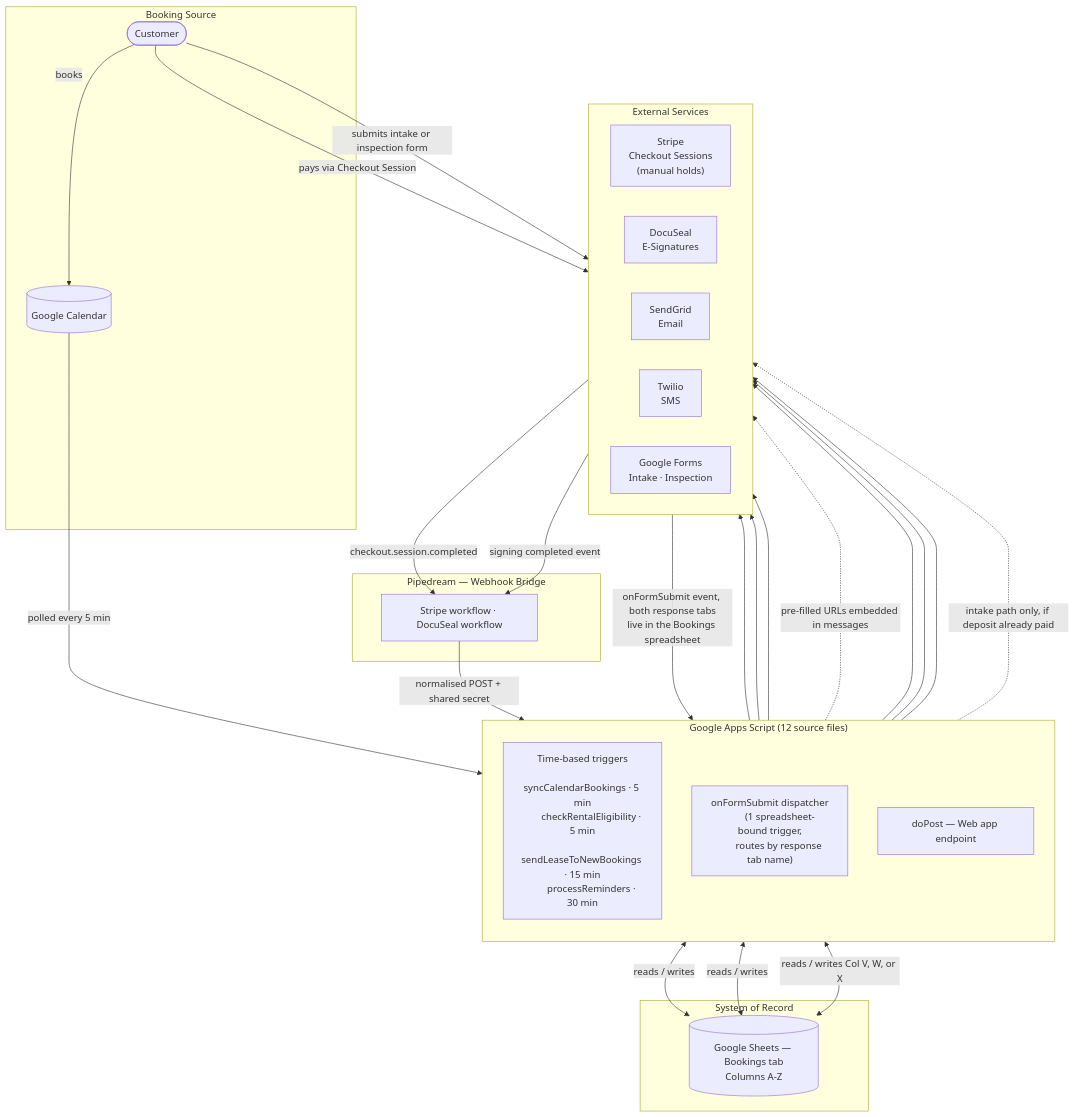
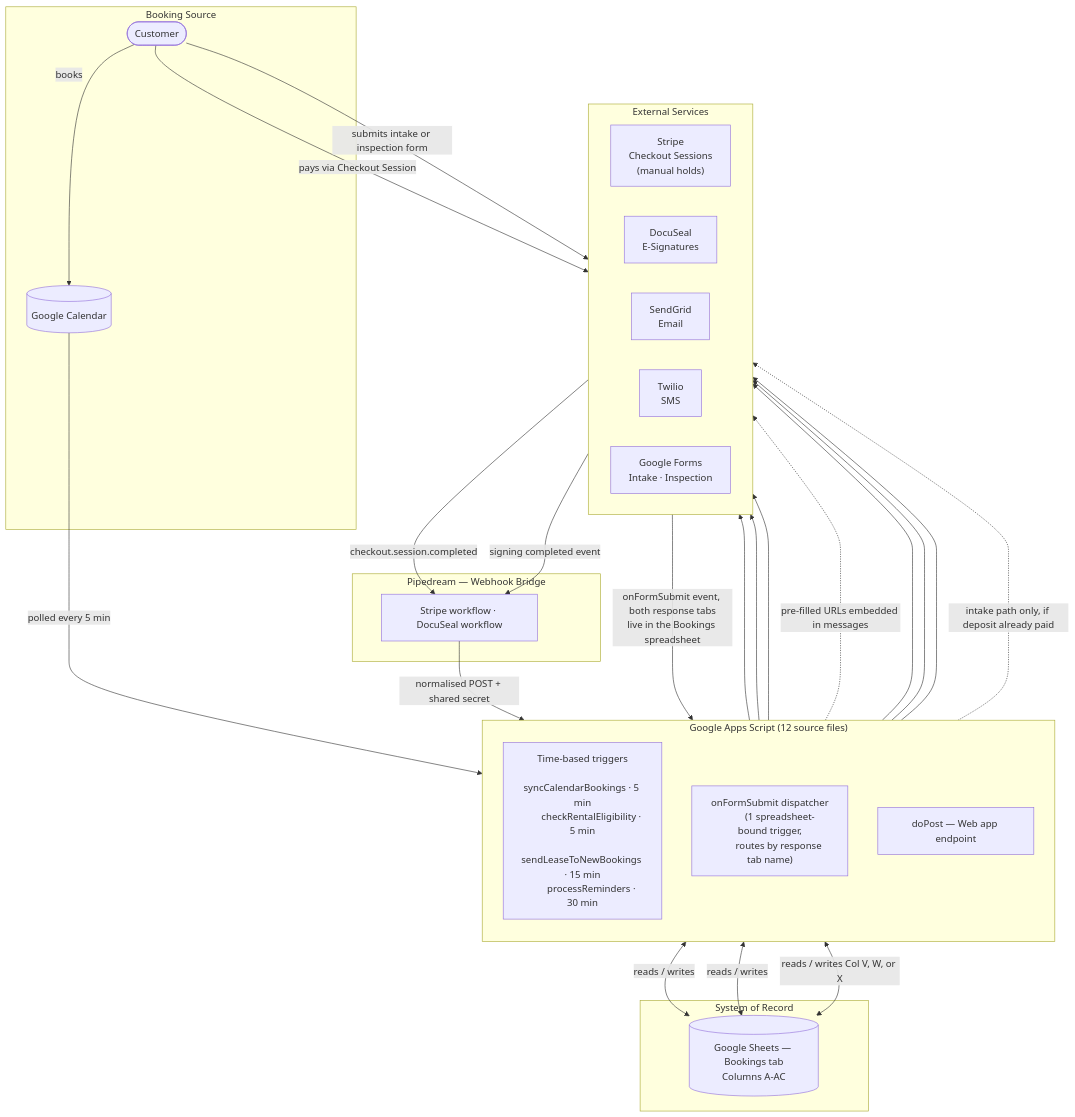
Before and after one commit to SolomonBell/vehicle-script: the second of 2 diagrams in README.md, drawn with Mermaid. The commit also changed other lines of this file and 18 other files, not shown here.

````diff
--- a/README.md
+++ b/README.md
@@ -428,60 +428,60 @@
 ```mermaid
 graph TB
     subgraph Source["Booking Source"]
         CUST([Customer])
         GCAL[(Google Calendar)]
     end
 
     subgraph GAS["Google Apps Script (12 source files)"]
         direction TB
         TRIGGERS["Time-based triggers
         syncCalendarBookings · 5 min
         checkRentalEligibility · 5 min
         sendLeaseToNewBookings · 15 min
         processReminders · 30 min"]
         ONFORMSUBMIT["onFormSubmit dispatcher
         (1 spreadsheet-bound trigger,
         routes by response tab name)"]
         DOPOST["doPost — Web app endpoint"]
     end
 
     subgraph RECORD["System of Record"]
-        SHEETS[(Google Sheets — Bookings tab\nColumns A-Z)]
+        SHEETS[(Google Sheets — Bookings tab\nColumns A-AC)]
     end
 
     subgraph BRIDGE["Pipedream — Webhook Bridge"]
         PD["Stripe workflow · DocuSeal workflow"]
     end
 
     subgraph SERVICES["External Services"]
         direction LR
         STRIPE["Stripe\nCheckout Sessions\n(manual holds)"]
         DOCUSEAL["DocuSeal\nE-Signatures"]
         SENDGRID["SendGrid\nEmail"]
         TWILIO["Twilio\nSMS"]
         FORMS["Google Forms\nIntake · Inspection"]
     end
 
     CUST -->|books| GCAL
     GCAL -->|polled every 5 min| TRIGGERS
     TRIGGERS <-->|reads / writes| SHEETS
     TRIGGERS --> SENDGRID
     TRIGGERS --> TWILIO
     TRIGGERS --> DOCUSEAL
     TRIGGERS -.->|pre-filled URLs embedded in messages| FORMS
 
     CUST -->|pays via Checkout Session| STRIPE
     STRIPE -->|checkout.session.completed| PD
     DOCUSEAL -->|signing completed event| PD
     PD -->|normalised POST + shared secret| DOPOST
 
     DOPOST <-->|reads / writes| SHEETS
     DOPOST --> SENDGRID
     DOPOST --> TWILIO
     DOPOST --> DOCUSEAL
 
     CUST -->|submits intake or inspection form| FORMS
     FORMS -->|onFormSubmit event, both response tabs\nlive in the Bookings spreadsheet| ONFORMSUBMIT
     ONFORMSUBMIT <-->|reads / writes Col V, W, or X| SHEETS
     ONFORMSUBMIT -.->|intake path only, if deposit already paid| DOCUSEAL
 ```
````
